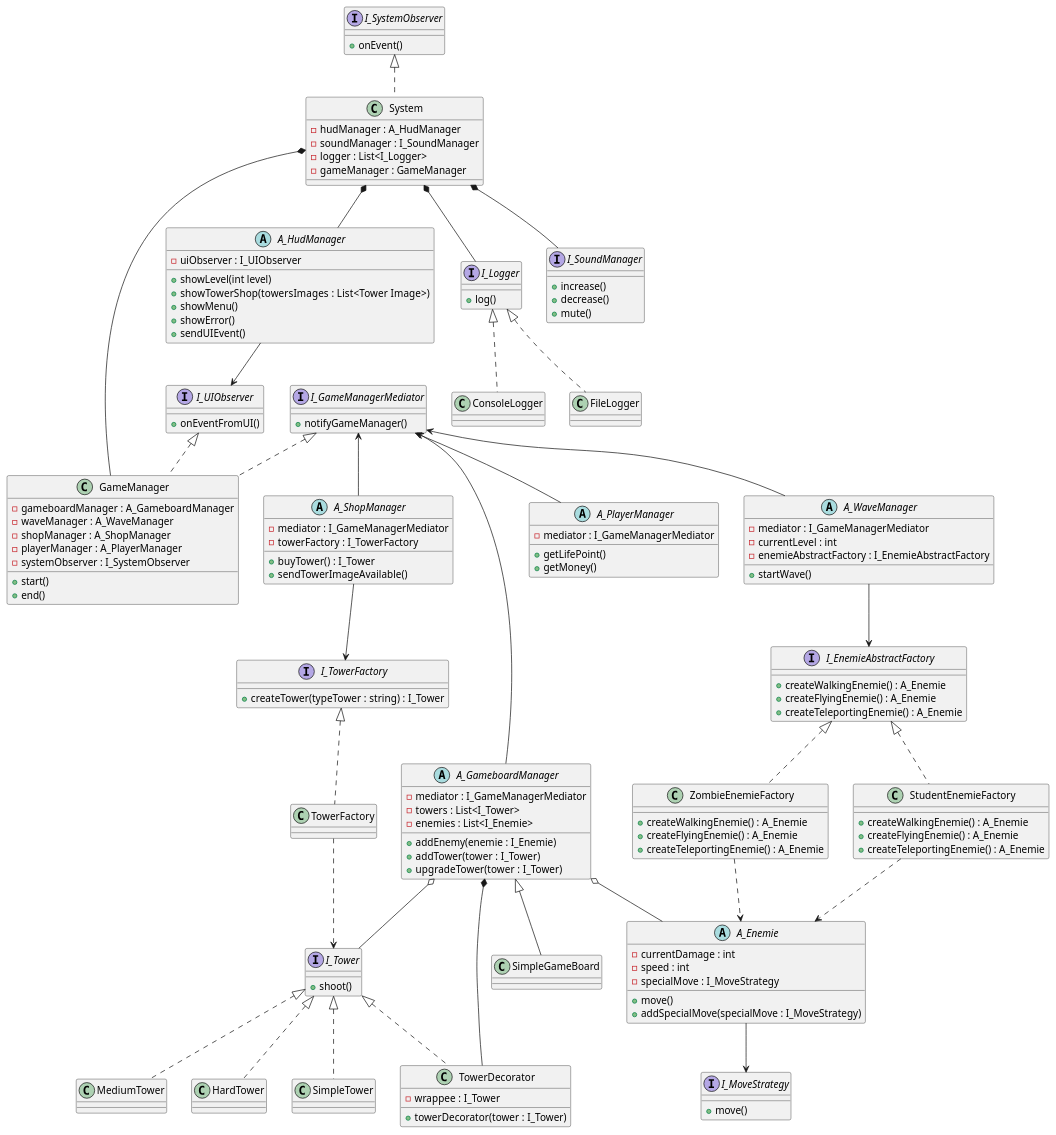
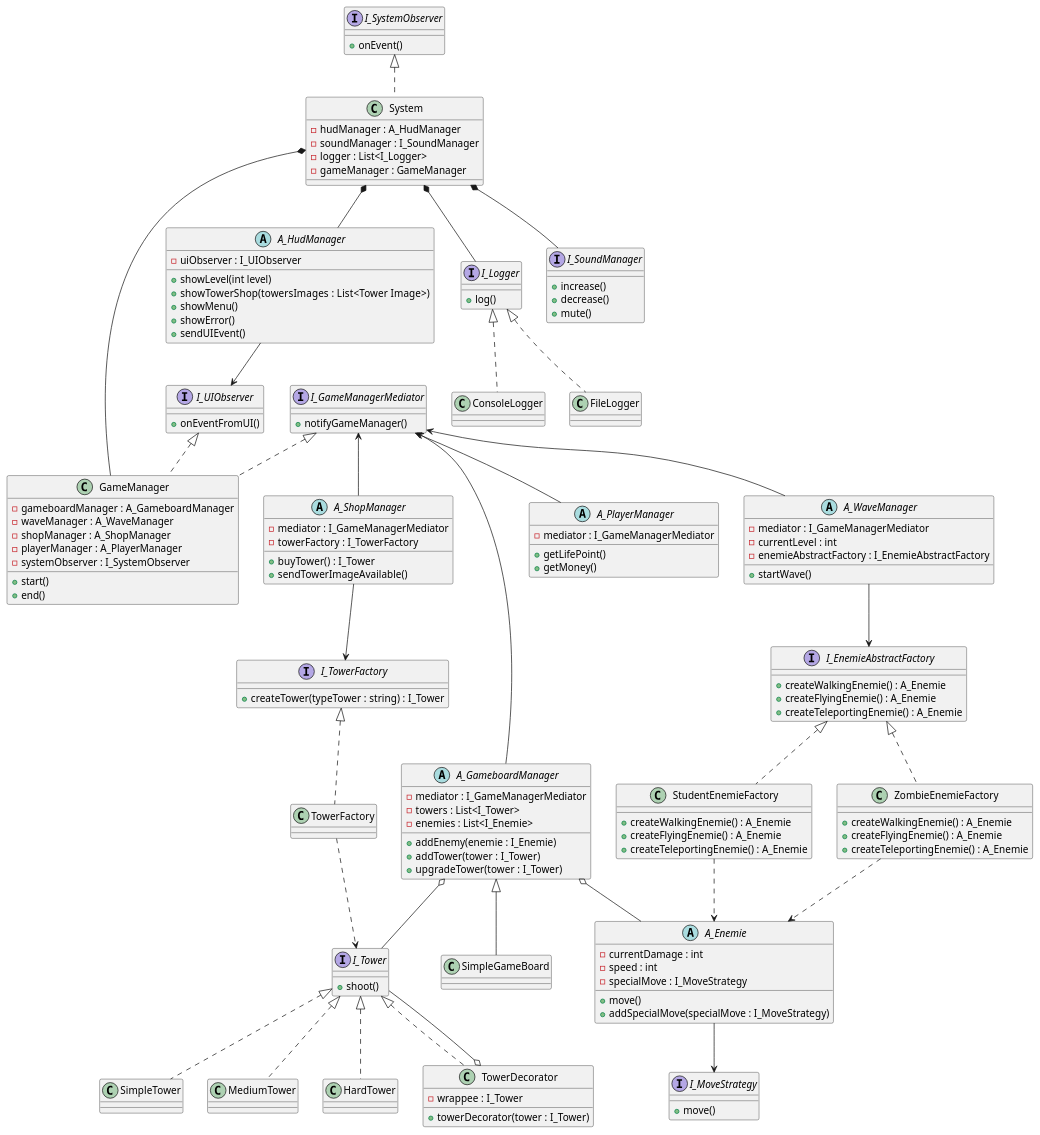
The diagram in uml.plantuml (bobylatruffe/tower_defense), drawn with PlantUML before and after one commit.

Commit message:
chore(uml) : rectification après présentation au prof

```diff
--- a/uml.plantuml
+++ b/uml.plantuml
@@ -1,196 +1,198 @@
 @startuml "tower_defense_uml"
 
 /' left to right direction '/
 /' skinparam linetype ortho '/
 /' skinparam linetype polyline '/
 
 class GameManager implements I_UIObserver, I_GameManagerMediator {
     - gameboardManager : A_GameboardManager
     - waveManager : A_WaveManager
     - shopManager : A_ShopManager
     - playerManager : A_PlayerManager
     - systemObserver : I_SystemObserver
     + start()
     + end()
 }
 
 class System implements I_SystemObserver {
     - hudManager : A_HudManager
     - soundManager : I_SoundManager
     - logger : List<I_Logger>
     - gameManager : GameManager
 }
 
 interface I_Logger {
     + log()
 }
 
 
 class FileLogger implements I_Logger {
 }
 
 class ConsoleLogger implements I_Logger {
 }
 
 ' note left of GameManager
 '     Orchestre le cycle de vie du jeu en
 '     coordonnant les différents gestionnaires
 '     nécessaires au fonctionnement du TowerDefense.
 ' end note
 
 abstract class A_GameboardManager  {
     - mediator : I_GameManagerMediator
     - towers : List<I_Tower>
     - enemies : List<I_Enemie>
     + addEnemy(enemie : I_Enemie)
     + addTower(tower : I_Tower)
     + upgradeTower(tower : I_Tower)
 }
 
 A_GameboardManager o-- I_Tower
-A_GameboardManager *-- TowerDecorator
+TowerDecorator o-- I_Tower
+/' A_GameboardManager *-- TowerDecorator '/
+/' A_GameboardManager --> TowerDecorator '/
 
 abstract class A_WaveManager  {
     - mediator : I_GameManagerMediator
     - currentLevel : int
     - enemieAbstractFactory : I_EnemieAbstractFactory
     + startWave()
 }
 
 interface I_EnemieAbstractFactory {
     + createWalkingEnemie() : A_Enemie
     + createFlyingEnemie() : A_Enemie
     + createTeleportingEnemie() : A_Enemie
 }
 
 A_WaveManager --> I_EnemieAbstractFactory
 
 class StudentEnemieFactory implements I_EnemieAbstractFactory {
     + createWalkingEnemie() : A_Enemie
     + createFlyingEnemie() : A_Enemie
     + createTeleportingEnemie() : A_Enemie
 }
 
 StudentEnemieFactory ..> A_Enemie
 
 class ZombieEnemieFactory implements I_EnemieAbstractFactory {
     + createWalkingEnemie() : A_Enemie
     + createFlyingEnemie() : A_Enemie
     + createTeleportingEnemie() : A_Enemie
 }
 
 ZombieEnemieFactory ..> A_Enemie
 
 abstract class A_ShopManager {
     - mediator : I_GameManagerMediator
     - towerFactory : I_TowerFactory
     + buyTower() : I_Tower
     + sendTowerImageAvailable()
 }
 
 abstract class A_PlayerManager  {
     - mediator : I_GameManagerMediator
     + getLifePoint()
     + getMoney()
 }
 
 class TowerFactory implements I_TowerFactory {
 
 }
 
 A_ShopManager --> I_TowerFactory
 
 abstract class A_HudManager {
     - uiObserver : I_UIObserver
     + showLevel(int level)
     + showTowerShop(towersImages : List<Tower  Image>)
     + showMenu()
     + showError()
     + sendUIEvent()
 }
 
 interface I_TowerFactory {
     + createTower(typeTower : string) : I_Tower
 }
 
 interface I_SoundManager {
     + increase()
     + decrease()
     + mute()
 }
 
 interface I_SystemObserver {
     + onEvent()
 }
 
 interface I_UIObserver {
     + onEventFromUI()
 }
 
 interface I_GameManagerMediator {
     + notifyGameManager()
 }
 
 /' GameManager o-- A_GameboardManager
 GameManager o-- A_WaveManager
 GameManager o-- A_ShopManager
 GameManager o-- A_PlayerManager
 GameManager o-- I_SystemObserver '/
 
 System *-- A_HudManager
 System *-- I_SoundManager
 System *-- I_Logger
 System *-- GameManager
 
 A_HudManager --> I_UIObserver
 
 I_GameManagerMediator <-- A_GameboardManager
 I_GameManagerMediator <-- A_PlayerManager
 I_GameManagerMediator <-- A_WaveManager
 I_GameManagerMediator <-- A_ShopManager
 
 /' A_GameboardManager o-- I_Tower '/
 A_GameboardManager o-- A_Enemie
 
 TowerFactory ..> I_Tower
 
 interface I_Tower {
     + shoot()
 }
 
 class SimpleTower implements I_Tower {
     
 }
 
 class MediumTower implements I_Tower {
     
 }
 
 class HardTower implements I_Tower {
     
 }
 
 class TowerDecorator implements I_Tower {
     - wrappee : I_Tower
     + towerDecorator(tower : I_Tower)
 }
 
 interface I_MoveStrategy {
     + move()
 }
 
 abstract class A_Enemie {
     - currentDamage : int
     - speed : int
     - specialMove : I_MoveStrategy
     + move()
     + addSpecialMove(specialMove : I_MoveStrategy)
 }
 
 A_Enemie --> I_MoveStrategy
 
 class SimpleGameBoard extends A_GameboardManager {
 
 }
 
 @enduml
```
